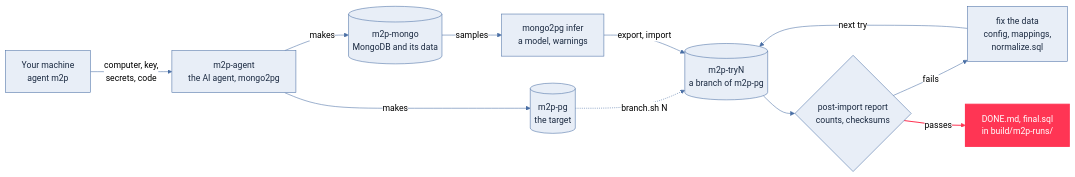
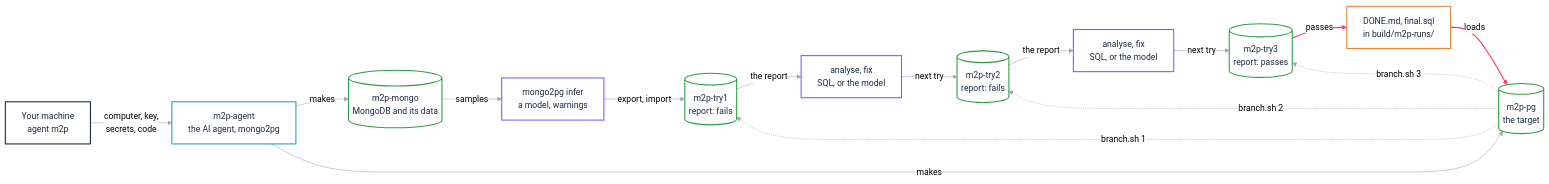
One commit to bertrandcedric/nevia-agent changed the ninth of 17 diagrams in docs/presentation.md. Above: the diagram before and after it, drawn with Mermaid (neutral theme). The commit also changed other lines of this file and 7 other files, not shown here.

````diff
--- a/docs/presentation.md
+++ b/docs/presentation.md
@@ -358,37 +619,53 @@
 ```mermaid
 flowchart LR
     you["Your machine<br/>agent m2p"]
     agent["m2p-agent<br/>the AI agent, mongo2pg"]
     mongo[("m2p-mongo<br/>MongoDB and its data")]
     pg[("m2p-pg<br/>the target")]
     infer["mongo2pg infer<br/>a model, warnings"]
-    branch[("m2p-tryN<br/>a branch of m2p-pg")]
-    report{"post-import report<br/>counts, checksums"}
-    fix["fix the data<br/>config, mappings,<br/>normalize.sql"]
+    t1[("m2p-try1<br/>report: fails")]
+    f1["analyse, fix<br/>SQL, or the model"]
+    t2[("m2p-try2<br/>report: fails")]
+    f2["analyse, fix<br/>SQL, or the model"]
+    t3[("m2p-try3<br/>report: passes")]
     finish["DONE.md, final.sql<br/>in build/m2p-runs/"]
     you -->|"computer, key,<br/>secrets, code"| agent
     agent -->|"makes"| mongo
     agent -->|"makes"| pg
     mongo -->|"samples"| infer
-    pg -.->|"branch.sh N"| branch
-    infer -->|"export, import"| branch
-    branch --> report
-    report -->|"fails"| fix
-    fix -->|"next try"| branch
-    report -->|"passes"| finish
-    classDef now fill:#ff3554,stroke:#ff3554,color:#fff,stroke-width:2px
-    classDef done fill:#e8eef7,stroke:#4a6fa5,color:#1b2a41
-    classDef todo fill:#fff,stroke:#e6e6e6,color:#d0d0d0
-    class finish now
-    class you,agent,mongo,pg,infer,branch,report,fix done
-    linkStyle 0 stroke:#4a6fa5
-    linkStyle 1 stroke:#4a6fa5
-    linkStyle 2 stroke:#4a6fa5
-    linkStyle 3 stroke:#4a6fa5
-    linkStyle 4 stroke:#4a6fa5
-    linkStyle 5 stroke:#4a6fa5
-    linkStyle 6 stroke:#4a6fa5
-    linkStyle 7 stroke:#4a6fa5
-    linkStyle 8 stroke:#4a6fa5
-    linkStyle 9 stroke:#ff3554,stroke-width:2px
+    infer -->|"export, import"| t1
+    pg -.->|"branch.sh 1"| t1
+    t1 -->|"the report"| f1
+    f1 -->|"next try"| t2
+    pg -.->|"branch.sh 2"| t2
+    t2 -->|"the report"| f2
+    f2 -->|"next try"| t3
+    pg -.->|"branch.sh 3"| t3
+    t3 -->|"passes"| finish
+    finish -->|"loads"| pg
+    classDef kyou fill:#fff,stroke:#1b2a41,color:#1b2a41,stroke-width:2px
+    classDef kcomputer fill:#fff,stroke:#1fa5a3,color:#1b2a41,stroke-width:2px
+    classDef kdb fill:#fff,stroke:#2e9e44,color:#1b2a41,stroke-width:2px
+    classDef kai fill:#fff,stroke:#6f64ff,color:#1b2a41,stroke-width:2px
+    classDef kresult fill:#fff,stroke:#e8833a,color:#1b2a41,stroke-width:2px
+    classDef todo fill:#fff,stroke:#fff,color:#fff
+    class you kyou
+    class agent kcomputer
+    class mongo,pg,t1,t2,t3 kdb
+    class infer,f1,f2 kai
+    class finish kresult
+    linkStyle 0 stroke:#9aa5b8
+    linkStyle 1 stroke:#9aa5b8
+    linkStyle 2 stroke:#9aa5b8
+    linkStyle 3 stroke:#9aa5b8
+    linkStyle 4 stroke:#9aa5b8
+    linkStyle 5 stroke:#9aa5b8
+    linkStyle 6 stroke:#9aa5b8
+    linkStyle 7 stroke:#9aa5b8
+    linkStyle 8 stroke:#9aa5b8
+    linkStyle 9 stroke:#9aa5b8
+    linkStyle 10 stroke:#9aa5b8
+    linkStyle 11 stroke:#9aa5b8
+    linkStyle 12 stroke:#ff3554,stroke-width:2px
+    linkStyle 13 stroke:#ff3554,stroke-width:2px
 ```
````
